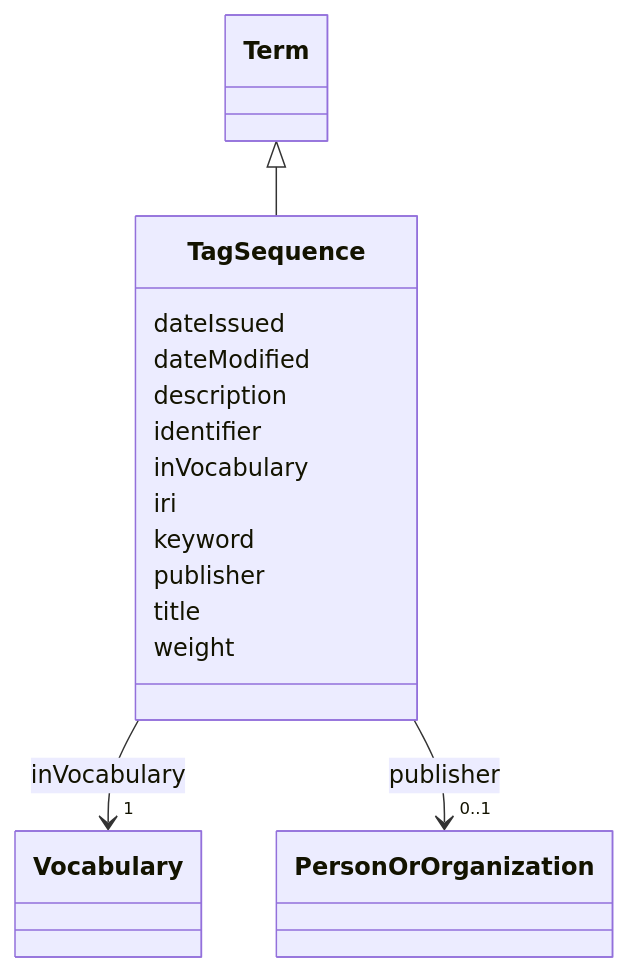
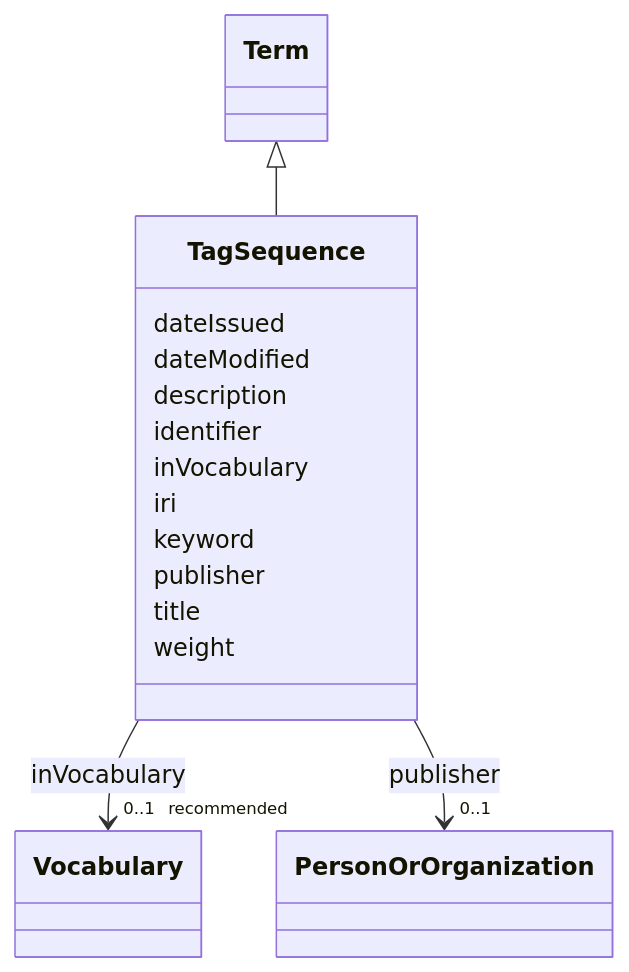
The diagram in models/docs/TagSequence.md (EVORA-project/evora-ontology), drawn with Mermaid before and after one commit. The commit also changed other lines of this file and 307 other files, not shown here.

````diff
--- a/models/docs/TagSequence.md
+++ b/models/docs/TagSequence.md
@@ -19,43 +19,43 @@
 ```mermaid
  classDiagram
     class TagSequence
     click TagSequence href "../TagSequence"
       Term <|-- TagSequence
         click Term href "../Term"
       
       TagSequence : dateIssued
         
       TagSequence : dateModified
         
       TagSequence : description
         
       TagSequence : identifier
         
       TagSequence : inVocabulary
         
           
     
     
-    TagSequence --> "1" Vocabulary : inVocabulary
+    TagSequence --> "0..1 _recommended_" Vocabulary : inVocabulary
     click Vocabulary href "../Vocabulary"
 
         
       TagSequence : iri
         
       TagSequence : keyword
         
       TagSequence : publisher
         
           
     
     
     TagSequence --> "0..1" PersonOrOrganization : publisher
     click PersonOrOrganization href "../PersonOrOrganization"
 
         
       TagSequence : title
         
       TagSequence : weight
         
       
 ```
````
